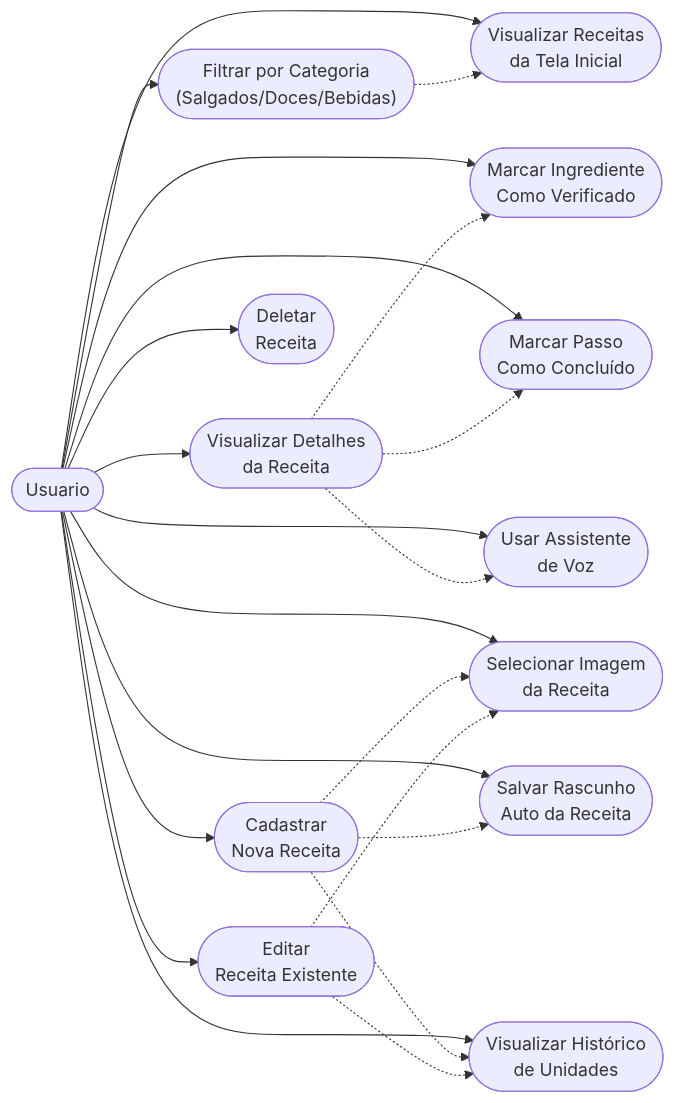
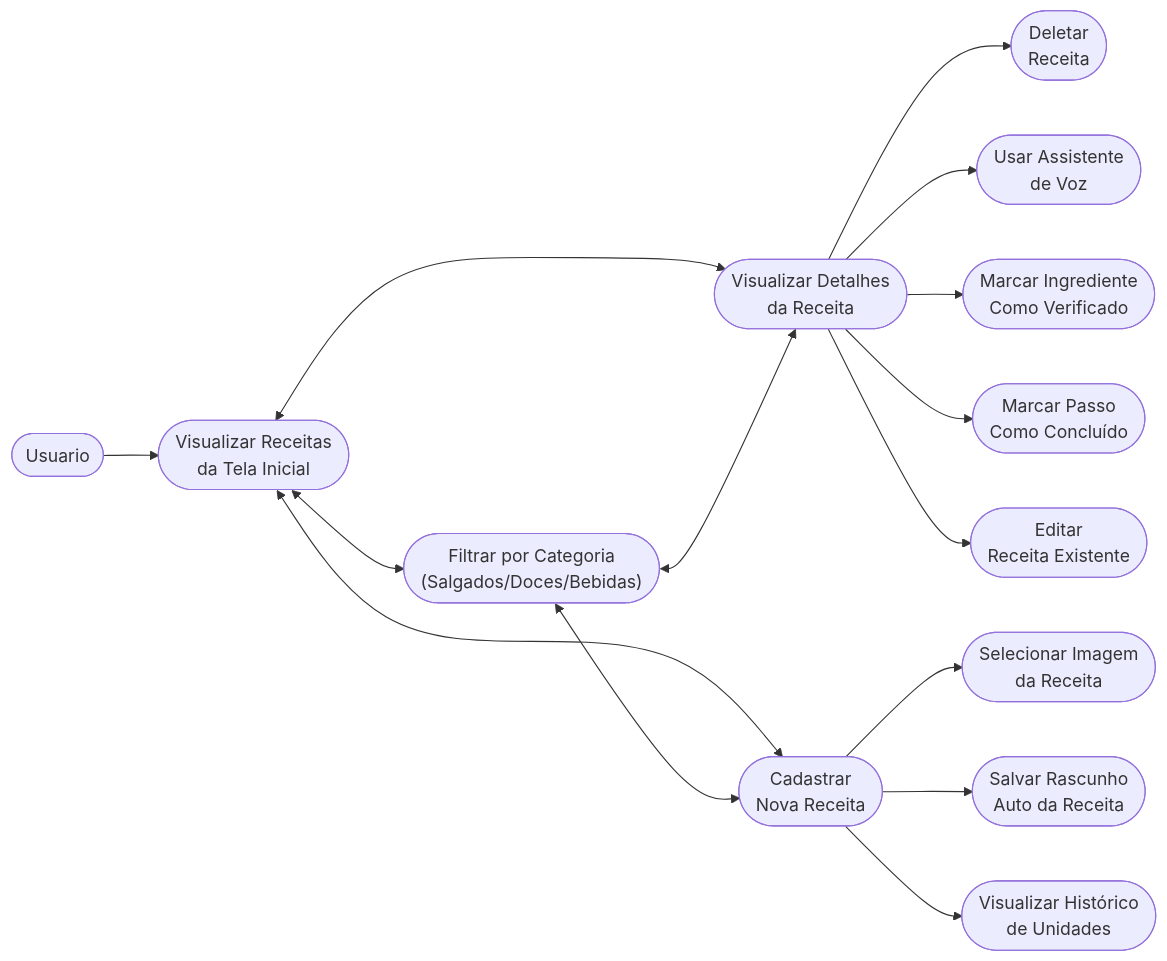
Before and after one commit to Raul-Mozart/livro_de_receita: the second of 7 diagrams in livro_de_receita/DIAGRAMAS.md, drawn with Mermaid.

Commit message:
ajuste de diagramas

````diff
--- a/livro_de_receita/DIAGRAMAS.md
+++ b/livro_de_receita/DIAGRAMAS.md
@@ -183,40 +183,33 @@
 ```mermaid
 flowchart LR
     Usuario([Usuario])
 
     UC1(["Visualizar Receitas<br/>da Tela Inicial"])
     UC2(["Filtrar por Categoria<br/>(Salgados/Doces/Bebidas)"])
     UC3(["Visualizar Detalhes<br/>da Receita"])
     UC4(["Cadastrar<br/>Nova Receita"])
     UC5(["Editar<br/>Receita Existente"])
     UC6(["Deletar<br/>Receita"])
     UC7(["Usar Assistente<br/>de Voz"])
     UC8(["Marcar Ingrediente<br/>Como Verificado"])
     UC9(["Marcar Passo<br/>Como Concluído"])
     UC10(["Selecionar Imagem<br/>da Receita"])
     UC11(["Salvar Rascunho<br/>Auto da Receita"])
     UC12(["Visualizar Histórico<br/>de Unidades"])
 
     Usuario --> UC1
-    Usuario --> UC2
-    Usuario --> UC3
-    Usuario --> UC4
-    Usuario --> UC5
-    Usuario --> UC6
-    Usuario --> UC7
-    Usuario --> UC8
-    Usuario --> UC9
-    Usuario --> UC10
-    Usuario --> UC11
-    Usuario --> UC12
+    UC1 <--> UC2
+    UC1 <--> UC3
+    UC2 <--> UC3
+    UC1 <--> UC4
+    UC2 <--> UC4
+    UC3 --> UC6
+    UC3 --> UC7
+    UC3 --> UC8
+    UC3 --> UC9
+    UC3 --> UC5
+    UC4 --> UC10
+    UC4 --> UC11
+    UC4 --> UC12
 
-    UC3 -.-> UC8
-    UC3 -.-> UC9
-    UC3 -.-> UC7
-    UC4 -.-> UC10
-    UC4 -.-> UC11
-    UC4 -.-> UC12
-    UC5 -.-> UC10
-    UC5 -.-> UC12
-    UC2 -.-> UC1
 ```
````
